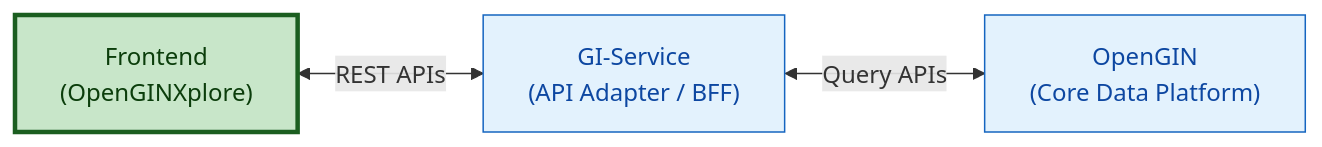
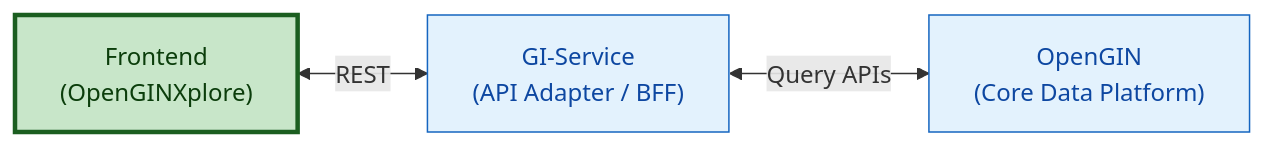
One commit to LDFLK/openginxplore changed the diagram in README.md. Above: the diagram before and after it, drawn with Mermaid.

Commit message:
data flow changed

````diff
--- a/README.md
+++ b/README.md
@@ -15,17 +15,17 @@
 ```mermaid
 flowchart LR
     FE["Frontend<br/>(OpenGINXplore)"]
     API["GI-Service<br/>(API Adapter / BFF)"]
     CORE["OpenGIN<br/>(Core Data Platform)"]
 
-    FE <-->| REST APIs | API
+    FE <-->| REST | API
     API <-->| Query APIs | CORE
 
     %% Base styles
     classDef blue fill:#E3F2FD,stroke:#1565C0,stroke-width:1px,color:#0D47A1
     classDef green fill:#C8E6C9,stroke:#1B5E20,stroke-width:3px,color:#0B3D0B
 
     class API blue
     class CORE blue
     class FE green
 ```
````
